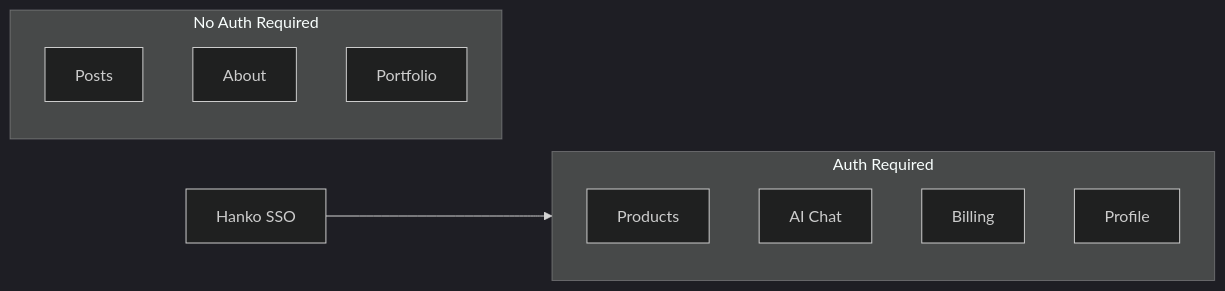
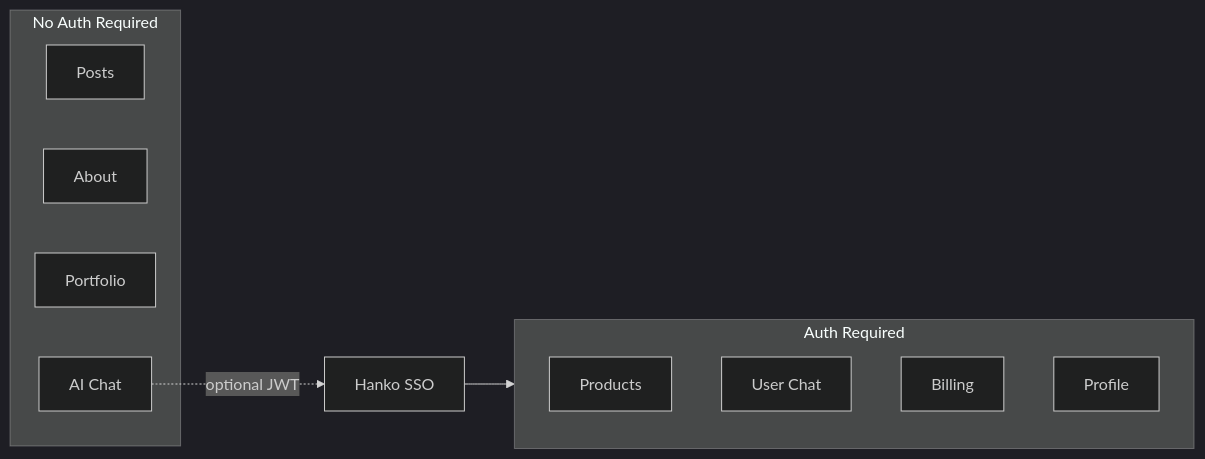
Before and after one commit to dirm02/bloggista: diagram 14 of 14 in expansion.md, drawn with Mermaid (dark theme). The commit also changed other lines of this file, not shown here.

````diff
--- a/expansion.md
+++ b/expansion.md
@@ -388,17 +548,19 @@
 ```mermaid
 flowchart LR
     subgraph PublicAccess [No Auth Required]
         Posts[Posts]
         About[About]
         Portfolio[Portfolio]
+        AIChat[AI Chat]
     end
 
     subgraph ProtectedAccess [Auth Required]
         Products[Products]
-        AIChat[AI Chat]
+        UserChat[User Chat]
         Billing[Billing]
         Profile[Profile]
     end
 
     Hanko[Hanko SSO] --> ProtectedAccess
+    AIChat -.->|optional JWT| Hanko
 ```
````
